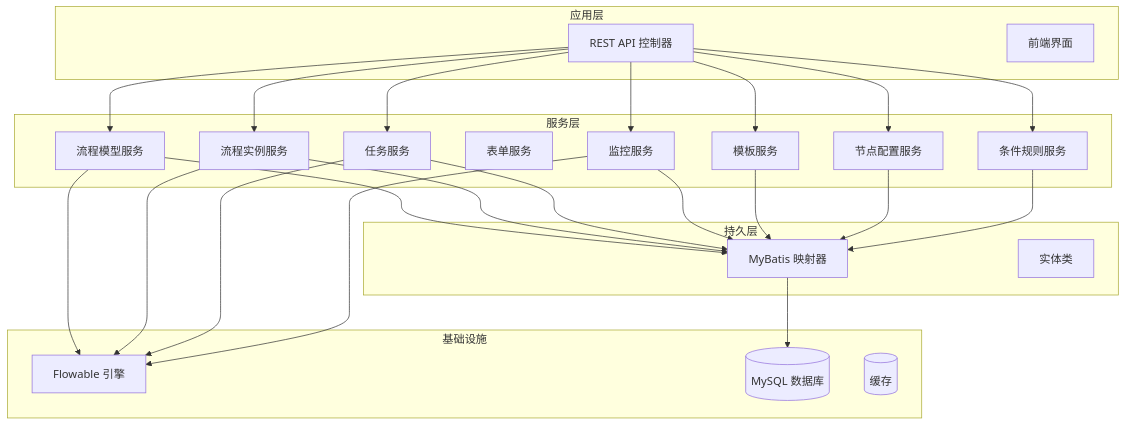
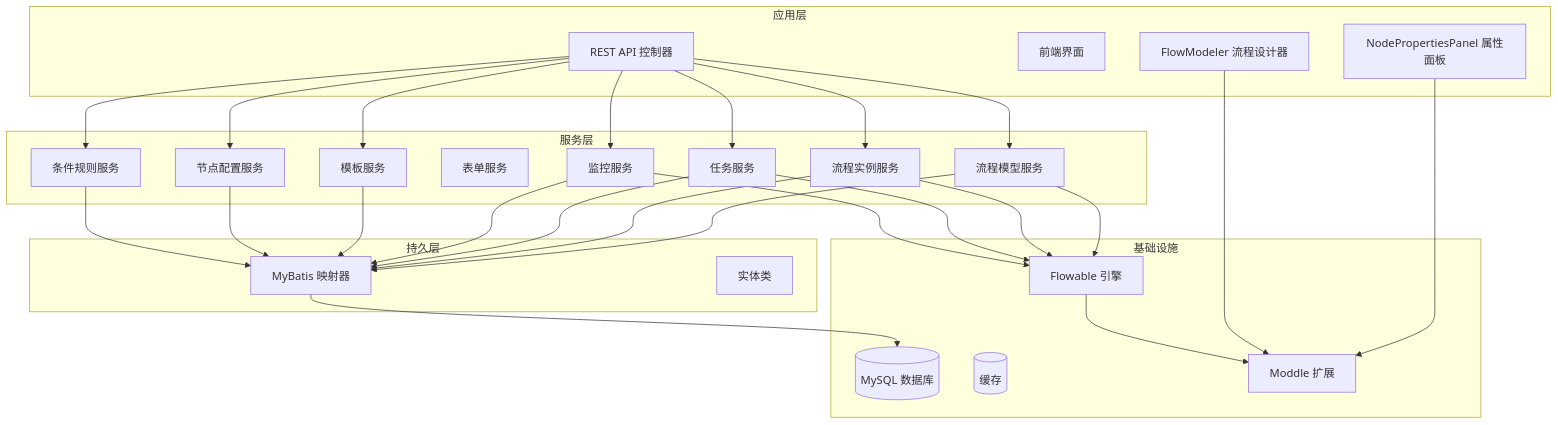
The first of 20 diagrams in .qoder/repowiki/zh/content/Flow 设计模块.md (yaomindong1996/forge-admin), drawn with Mermaid before and after one commit. The commit also changed other lines of this file and 76 other files, not shown here.

````diff
--- a/.qoder/repowiki/zh/content/Flow 设计模块.md
+++ b/.qoder/repowiki/zh/content/Flow 设计模块.md
@@ -75,45 +80,51 @@
 ```mermaid
 graph TB
 subgraph "应用层"
 API[REST API 控制器]
 UI[前端界面]
+NodePropertiesPanel[NodePropertiesPanel 属性面板]
+FlowModeler[FlowModeler 流程设计器]
 end
 subgraph "服务层"
 ModelSvc[流程模型服务]
 InstanceSvc[流程实例服务]
 TaskSvc[任务服务]
 FormSvc[表单服务]
 MonitorSvc[监控服务]
 TemplateSvc[模板服务]
 NodeConfigSvc[节点配置服务]
 ConditionRuleSvc[条件规则服务]
 end
 subgraph "持久层"
 Mapper[MyBatis 映射器]
 Entity[实体类]
 end
 subgraph "基础设施"
 Flowable[Flowable 引擎]
 DB[(MySQL 数据库)]
 Redis[(缓存)]
+Moddle[Moddle 扩展]
 end
 API --> ModelSvc
 API --> InstanceSvc
 API --> TaskSvc
 API --> MonitorSvc
 API --> TemplateSvc
 API --> NodeConfigSvc
 API --> ConditionRuleSvc
 ModelSvc --> Mapper
 InstanceSvc --> Mapper
 TaskSvc --> Mapper
 MonitorSvc --> Mapper
 TemplateSvc --> Mapper
 NodeConfigSvc --> Mapper
 ConditionRuleSvc --> Mapper
 Mapper --> DB
 ModelSvc --> Flowable
 InstanceSvc --> Flowable
 TaskSvc --> Flowable
 MonitorSvc --> Flowable
+NodePropertiesPanel --> Moddle
+FlowModeler --> Moddle
+Flowable --> Moddle
 ```
````
